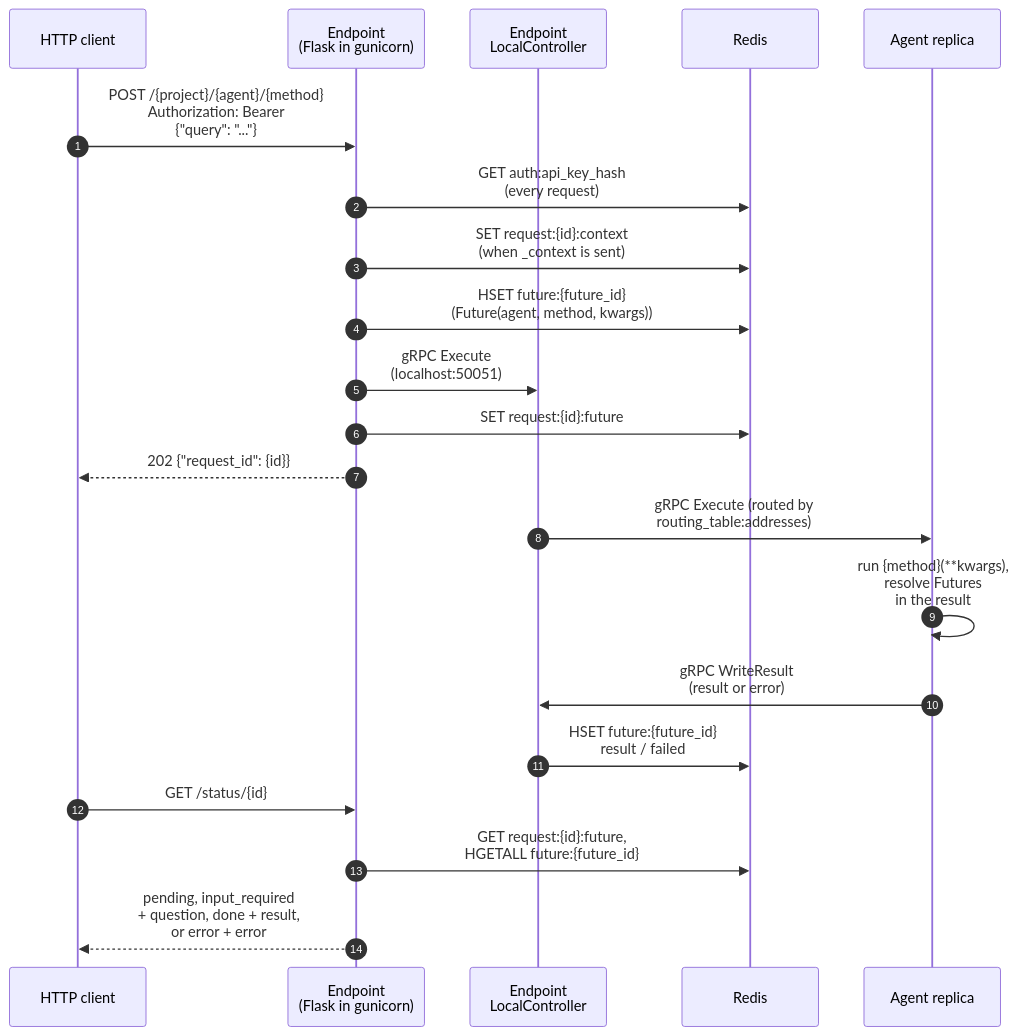
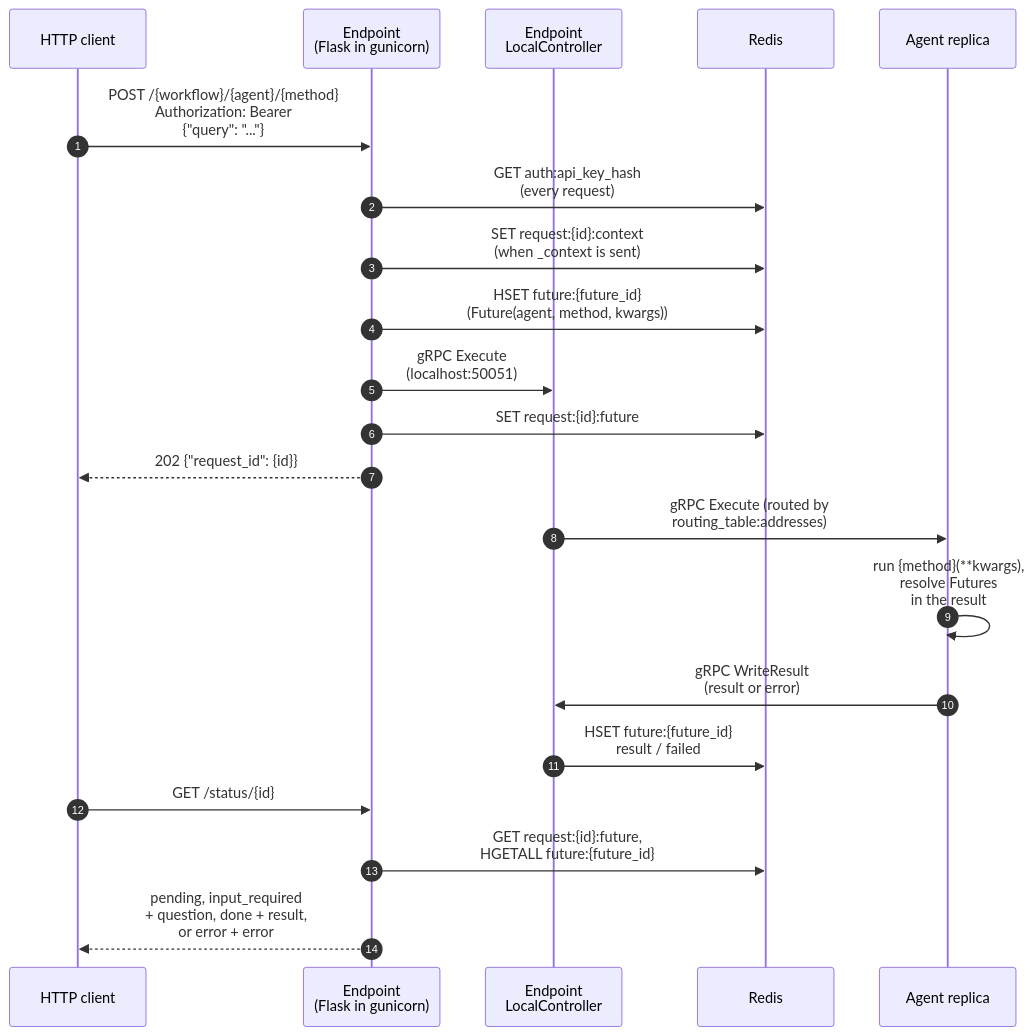
Before and after one commit to CanyonCodeCoreAI/canyonos: the diagram in docs/architecture/ENDPOINT.md, drawn with Mermaid. The commit also changed other lines of this file and 470 other files, not shown here.

````diff
--- a/docs/architecture/ENDPOINT.md
+++ b/docs/architecture/ENDPOINT.md
@@ -15,24 +15,24 @@
 ```mermaid
 sequenceDiagram
     autonumber
     participant C as HTTP client
     participant E as Endpoint<br/>(Flask in gunicorn)
     participant LC as Endpoint<br/>LocalController
     participant R as Redis
     participant A as Agent replica
 
-    C->>E: POST /{project}/{agent}/{method}<br/>Authorization: Bearer<br/>{"query": "..."}
+    C->>E: POST /{workflow}/{agent}/{method}<br/>Authorization: Bearer<br/>{"query": "..."}
     E->>R: GET auth:api_key_hash<br/>(every request)
     E->>R: SET request:{id}:context<br/>(when _context is sent)
     E->>R: HSET future:{future_id}<br/>(Future(agent, method, kwargs))
     E->>LC: gRPC Execute<br/>(localhost:50051)
     E->>R: SET request:{id}:future
     E-->>C: 202 {"request_id": {id}}
     LC->>A: gRPC Execute (routed by<br/>routing_table:addresses)
     A->>A: run {method}(**kwargs),<br/>resolve Futures<br/>in the result
     A->>LC: gRPC WriteResult<br/>(result or error)
     LC->>R: HSET future:{future_id}<br/>result / failed
     C->>E: GET /status/{id}
     E->>R: GET request:{id}:future,<br/>HGETALL future:{future_id}
     E-->>C: pending, input_required<br/>+ question, done + result,<br/>or error + error
 ```
````
